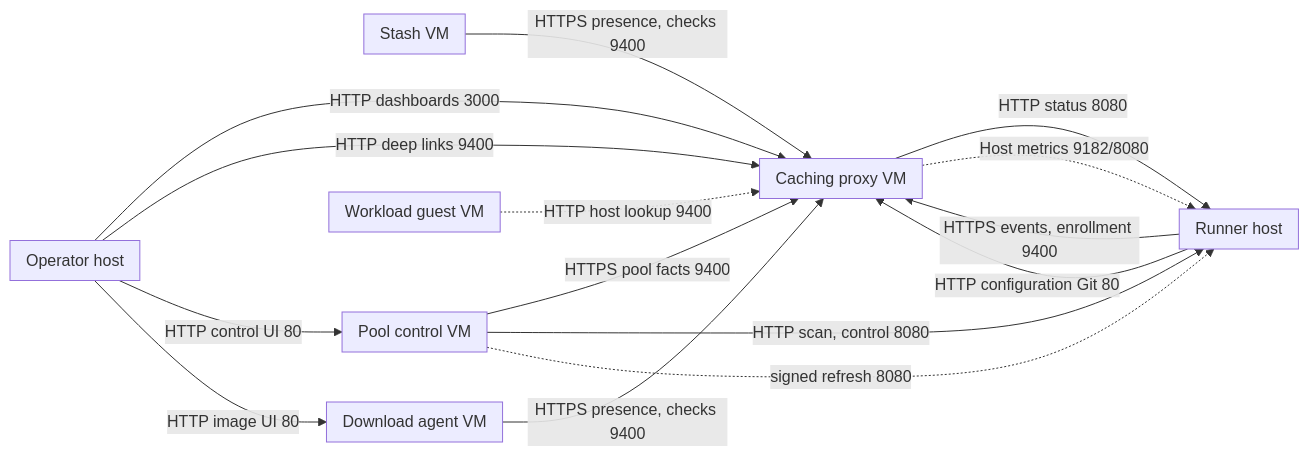
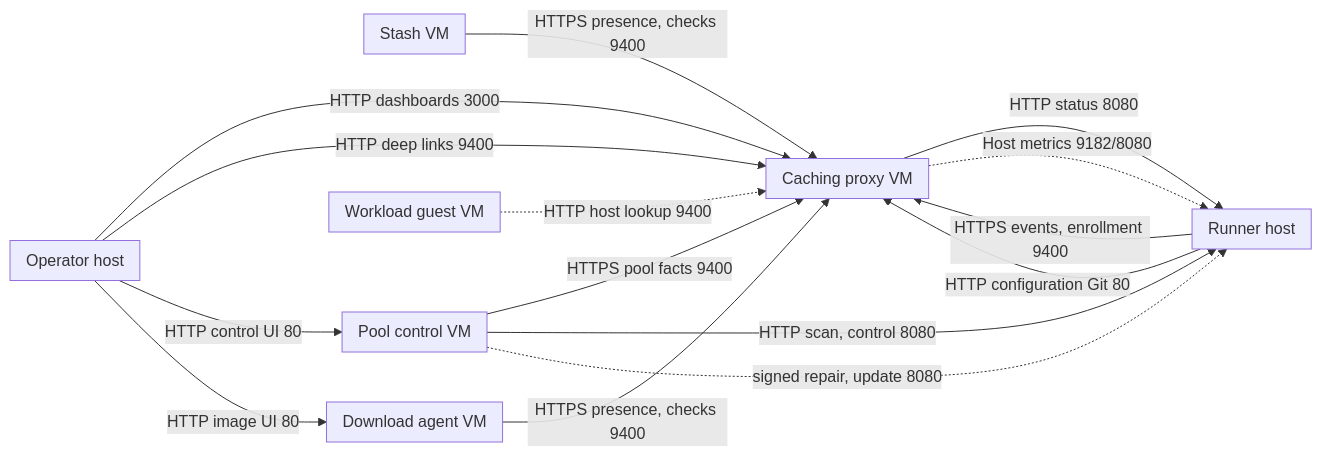
One commit to alissonsol/yuruna changed the fourth of 11 diagrams in docs/design/06-deployment.md. Above: the diagram before and after it, drawn with Mermaid. The commit also changed other lines of this file and 1676 other files, not shown here.

````diff
--- a/docs/design/06-deployment.md
+++ b/docs/design/06-deployment.md
@@ -289,34 +333,34 @@
 ```mermaid
 flowchart LR
     subgraph operator-host["Operator host"]
     end
     subgraph host["Runner host"]
     end
     subgraph guest["Workload guest VM"]
     end
     subgraph caching-proxy-service["Caching proxy VM"]
     end
     subgraph pool-control-service["Pool control VM"]
     end
     subgraph download-agent-service["Download agent VM"]
     end
     subgraph stash-service["Stash VM"]
     end
     operator-host -->|HTTP dashboards 3000| caching-proxy-service
     operator-host -->|HTTP deep links 9400| caching-proxy-service
     operator-host -->|HTTP control UI 80| pool-control-service
     operator-host -->|HTTP image UI 80| download-agent-service
     host -->|HTTPS events, enrollment 9400| caching-proxy-service
     caching-proxy-service -->|HTTP status 8080| host
     host -->|HTTP configuration Git 80| caching-proxy-service
     pool-control-service -->|HTTPS pool facts 9400| caching-proxy-service
     download-agent-service -->|HTTPS presence, checks 9400| caching-proxy-service
     stash-service -->|HTTPS presence, checks 9400| caching-proxy-service
     pool-control-service -->|HTTP scan, control 8080| host
     %% optional: guests ask for a new host address when the saved one stops answering.
     guest -.->|HTTP host lookup 9400| caching-proxy-service
-    %% optional: remote refresh requires configured authority and operator credentials.
-    pool-control-service -.->|signed refresh 8080| host
+    %% optional: remote repair and update require a configured authority or signing key and operator credentials.
+    pool-control-service -.->|signed repair, update 8080| host
     %% optional: windows_exporter on Windows hosts; status-listener memory metrics on Ubuntu and macOS hosts.
     caching-proxy-service -.->|Host metrics 9182/8080| host
 ```
````
